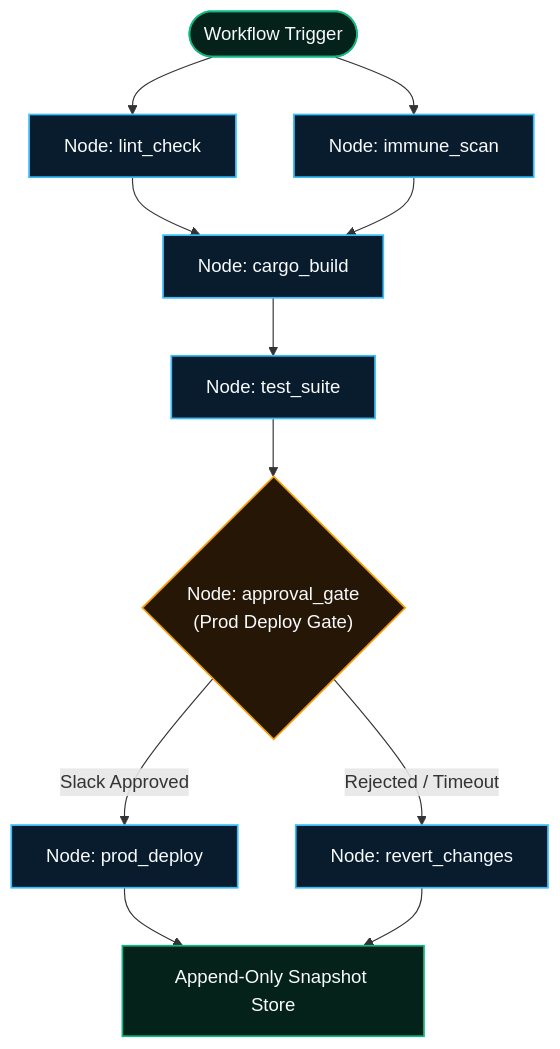
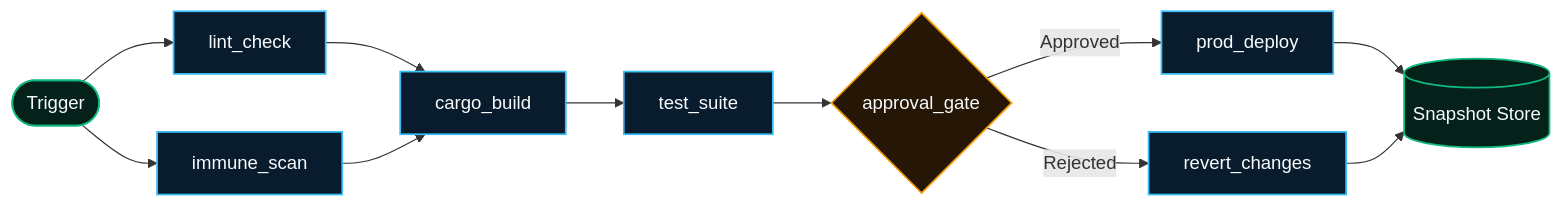
One commit to autonomic-ai-dev/website changed the diagram in src/routes/docs/workflows/+page.md. Above: the diagram before and after it, drawn with Mermaid. The commit also changed 43 other files, not shown here.

````diff
--- a/src/routes/docs/workflows/+page.md
+++ b/src/routes/docs/workflows/+page.md
@@ -9,24 +9,24 @@
 ```mermaid
-flowchart TD
-    Start(["Workflow Trigger"]) --> Lint["Node: lint_check"]
-    Start --> Scan["Node: immune_scan"]
+flowchart LR
+    Start(["Trigger"]) --> Lint["lint_check"]
+    Start --> Scan["immune_scan"]
     
-    Lint --> Build["Node: cargo_build"]
+    Lint --> Build["cargo_build"]
     Scan --> Build
     
-    Build --> Test["Node: test_suite"]
-    Test --> Gate{"Node: approval_gate<br/>(Prod Deploy Gate)"}
+    Build --> Test["test_suite"]
+    Test --> Gate{"approval_gate"}
     
-    Gate -->|Slack Approved| Deploy["Node: prod_deploy"]
-    Gate -->|Rejected / Timeout| Rollback["Node: revert_changes"]
+    Gate -->|Approved| Deploy["prod_deploy"]
+    Gate -->|Rejected| Rollback["revert_changes"]
 
-    Deploy --> Snapshot["Append-Only Snapshot Store"]
+    Deploy --> Snapshot[("Snapshot Store")]
     Rollback --> Snapshot
 
     classDef exec fill:#081c2e,stroke:#38bdf8,stroke-width:1.5px,color:#f8fafc;
     classDef gate fill:#261606,stroke:#f59e0b,stroke-width:1.5px,color:#f8fafc;
     classDef terminal fill:#04211a,stroke:#10b981,stroke-width:1.5px,color:#f8fafc;
     class Lint,Scan,Build,Test,Deploy,Rollback exec;
     class Gate gate;
     class Snapshot,Start terminal;
 ```
````
